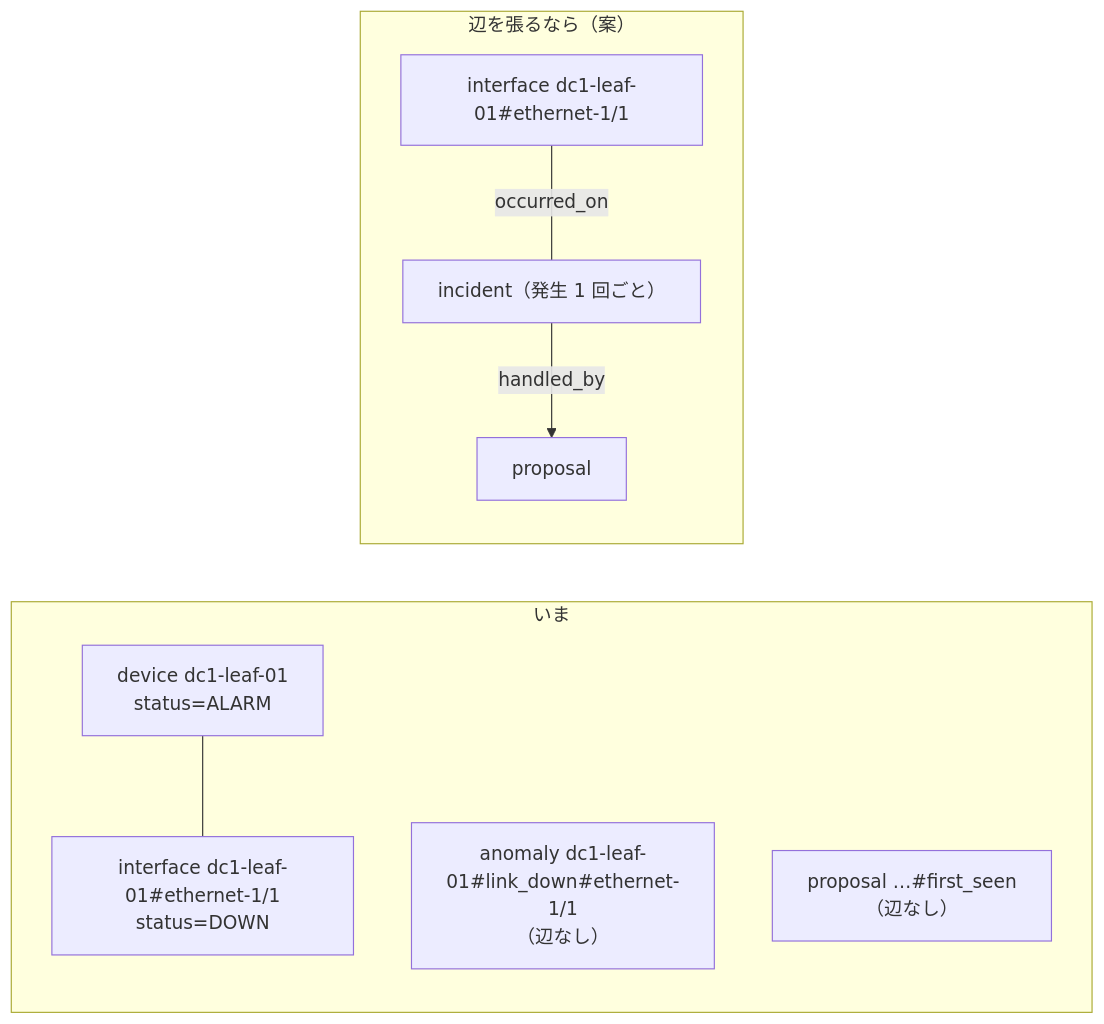
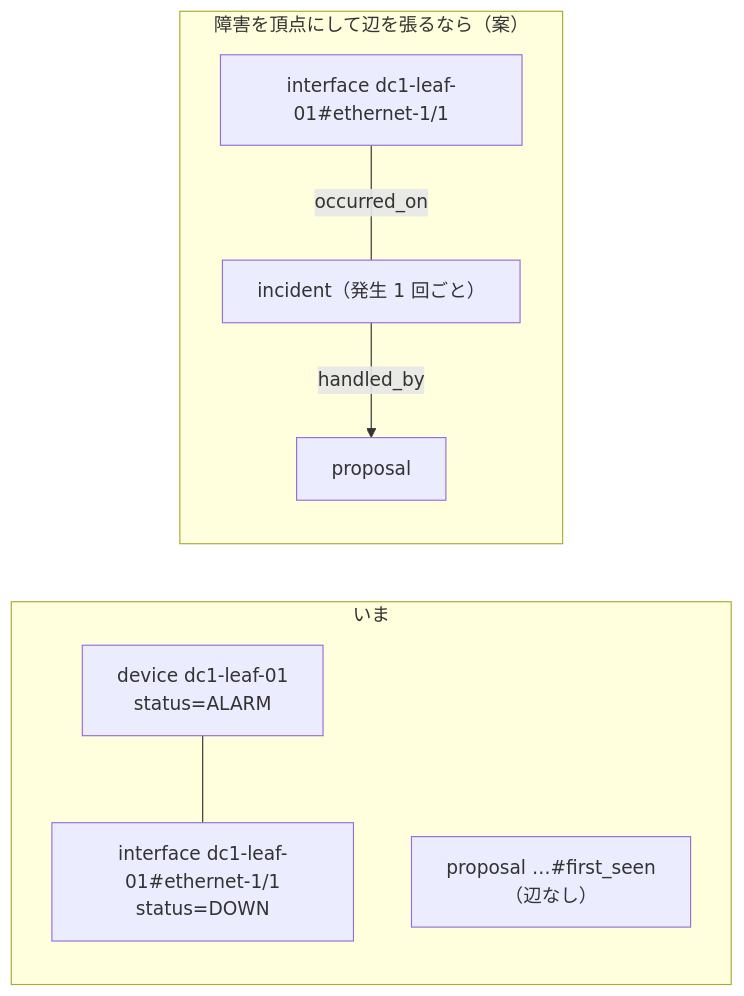
The second of 2 diagrams in docs/data-stores.md (eddie-eights/cf-netops-sandbox), drawn with Mermaid before and after one commit. The commit also changed other lines of this file and 10 other files, not shown here.

````diff
--- a/docs/data-stores.md
+++ b/docs/data-stores.md
@@ -217,12 +223,11 @@
 ```mermaid
 flowchart LR
   subgraph now["いま"]
     D1["device dc1-leaf-01<br/>status=ALARM"] --- I1["interface dc1-leaf-01#ethernet-1/1<br/>status=DOWN"]
-    A1["anomaly dc1-leaf-01#link_down#ethernet-1/1<br/>（辺なし）"]
     P1["proposal …#first_seen<br/>（辺なし）"]
   end
-  subgraph idea["辺を張るなら（案）"]
+  subgraph idea["障害を頂点にして辺を張るなら（案）"]
     I2["interface dc1-leaf-01#ethernet-1/1"] -- "occurred_on" --- X2["incident（発生 1 回ごと）"]
     X2 -- "handled_by" --> P2["proposal"]
   end
 ```
````
